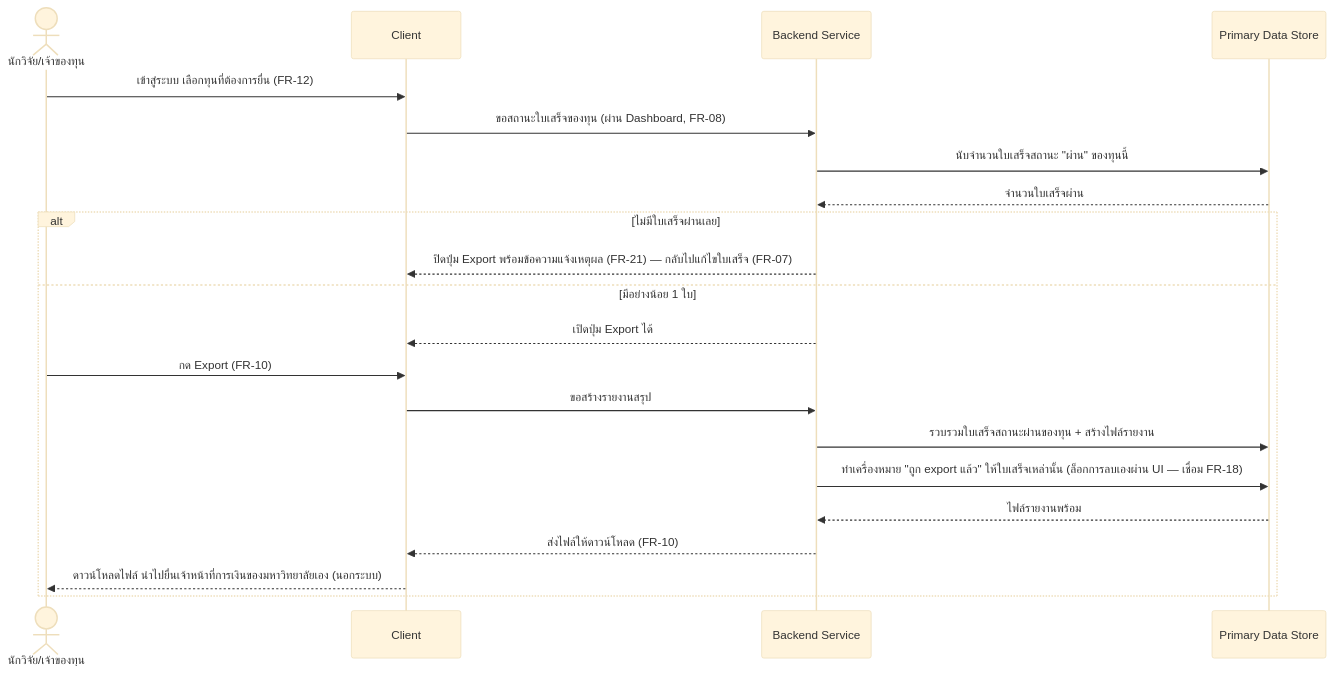
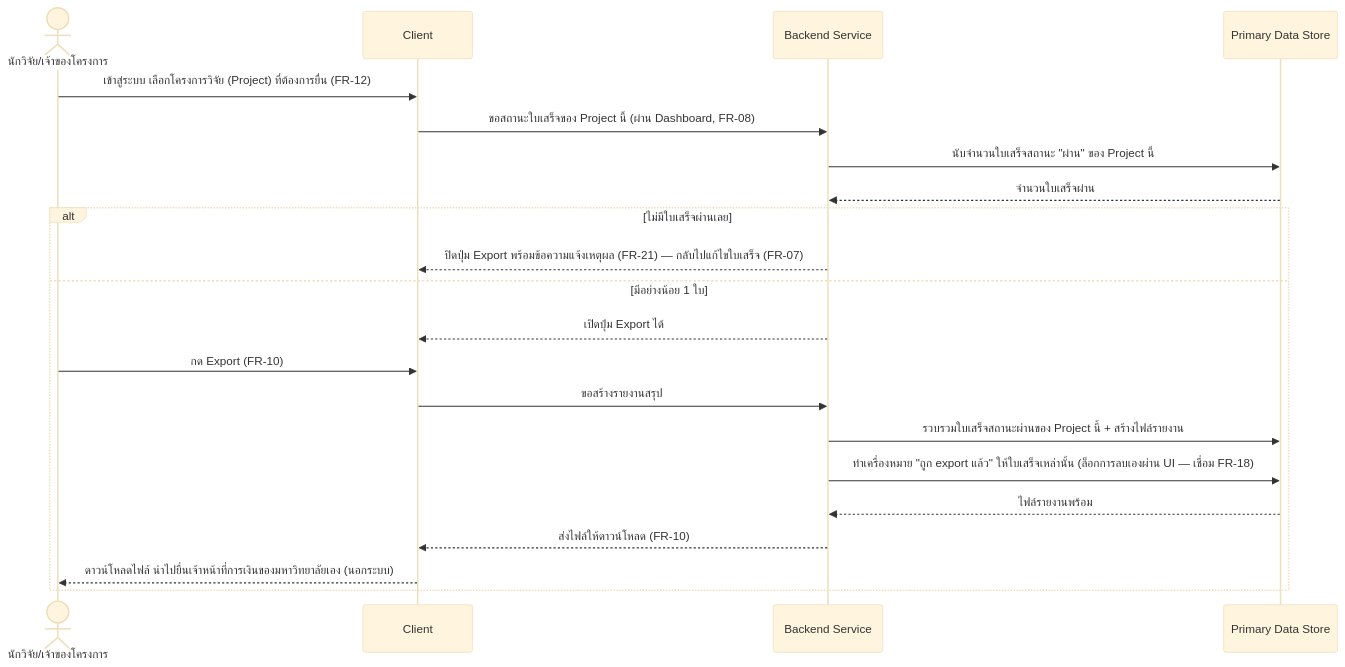
One commit to ptrsswnr/Grant-Receipt-Assistant changed the fourth of 7 diagrams in docs/02-design/02-technical/architecture.md. Above: the diagram before and after it, drawn with Mermaid (base theme). The commit also changed other lines of this file and 18 other files, not shown here.

````diff
--- a/docs/02-design/02-technical/architecture.md
+++ b/docs/02-design/02-technical/architecture.md
@@ -188,24 +223,24 @@
 ```mermaid
 sequenceDiagram
-    actor R as นักวิจัย/เจ้าของทุน
+    actor R as นักวิจัย/เจ้าของโครงการ
     participant C as Client
     participant B as Backend Service
     participant DS as Primary Data Store
 
-    R->>C: เข้าสู่ระบบ เลือกทุนที่ต้องการยื่น (FR-12)
-    C->>B: ขอสถานะใบเสร็จของทุน (ผ่าน Dashboard, FR-08)
-    B->>DS: นับจำนวนใบเสร็จสถานะ "ผ่าน" ของทุนนี้
+    R->>C: เข้าสู่ระบบ เลือกโครงการวิจัย (Project) ที่ต้องการยื่น (FR-12)
+    C->>B: ขอสถานะใบเสร็จของ Project นี้ (ผ่าน Dashboard, FR-08)
+    B->>DS: นับจำนวนใบเสร็จสถานะ "ผ่าน" ของ Project นี้
     DS-->>B: จำนวนใบเสร็จผ่าน
     alt ไม่มีใบเสร็จผ่านเลย
         B-->>C: ปิดปุ่ม Export พร้อมข้อความแจ้งเหตุผล (FR-21) — กลับไปแก้ไขใบเสร็จ (FR-07)
     else มีอย่างน้อย 1 ใบ
         B-->>C: เปิดปุ่ม Export ได้
         R->>C: กด Export (FR-10)
         C->>B: ขอสร้างรายงานสรุป
-        B->>DS: รวบรวมใบเสร็จสถานะผ่านของทุน + สร้างไฟล์รายงาน
+        B->>DS: รวบรวมใบเสร็จสถานะผ่านของ Project นี้ + สร้างไฟล์รายงาน
         B->>DS: ทำเครื่องหมาย "ถูก export แล้ว" ให้ใบเสร็จเหล่านั้น (ล็อกการลบเองผ่าน UI — เชื่อม FR-18)
         DS-->>B: ไฟล์รายงานพร้อม
         B-->>C: ส่งไฟล์ให้ดาวน์โหลด (FR-10)
         C-->>R: ดาวน์โหลดไฟล์ นำไปยื่นเจ้าหน้าที่การเงินของมหาวิทยาลัยเอง (นอกระบบ)
     end
 ```
````
